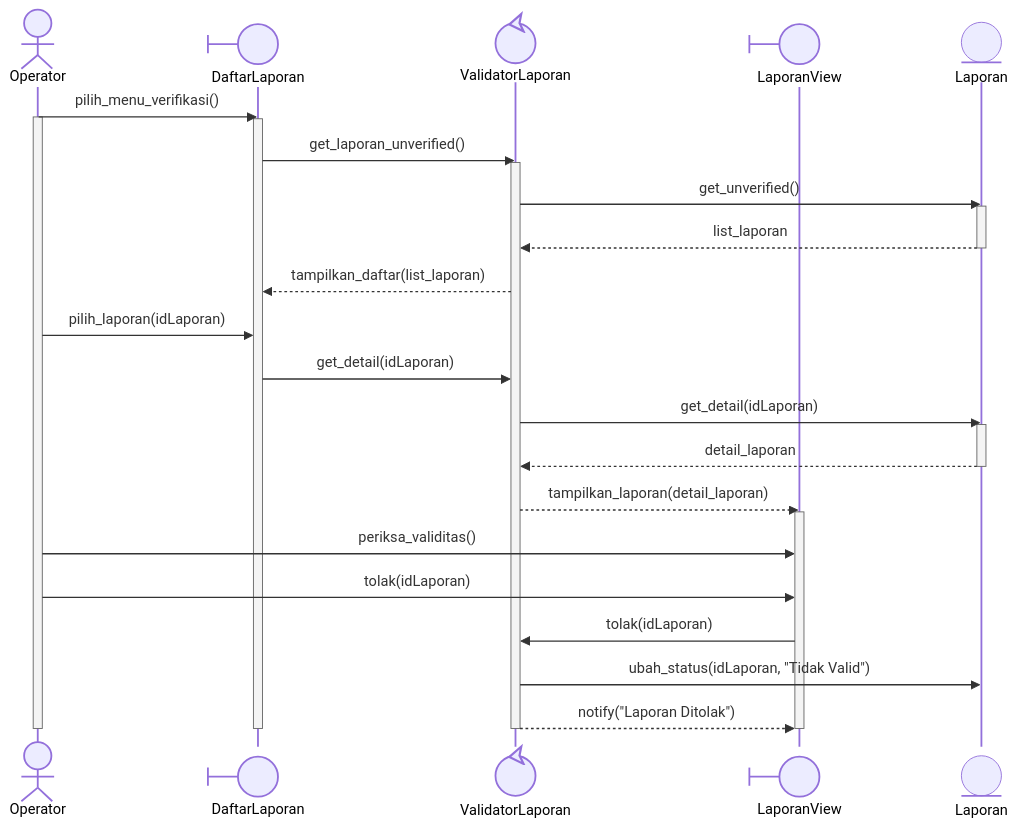
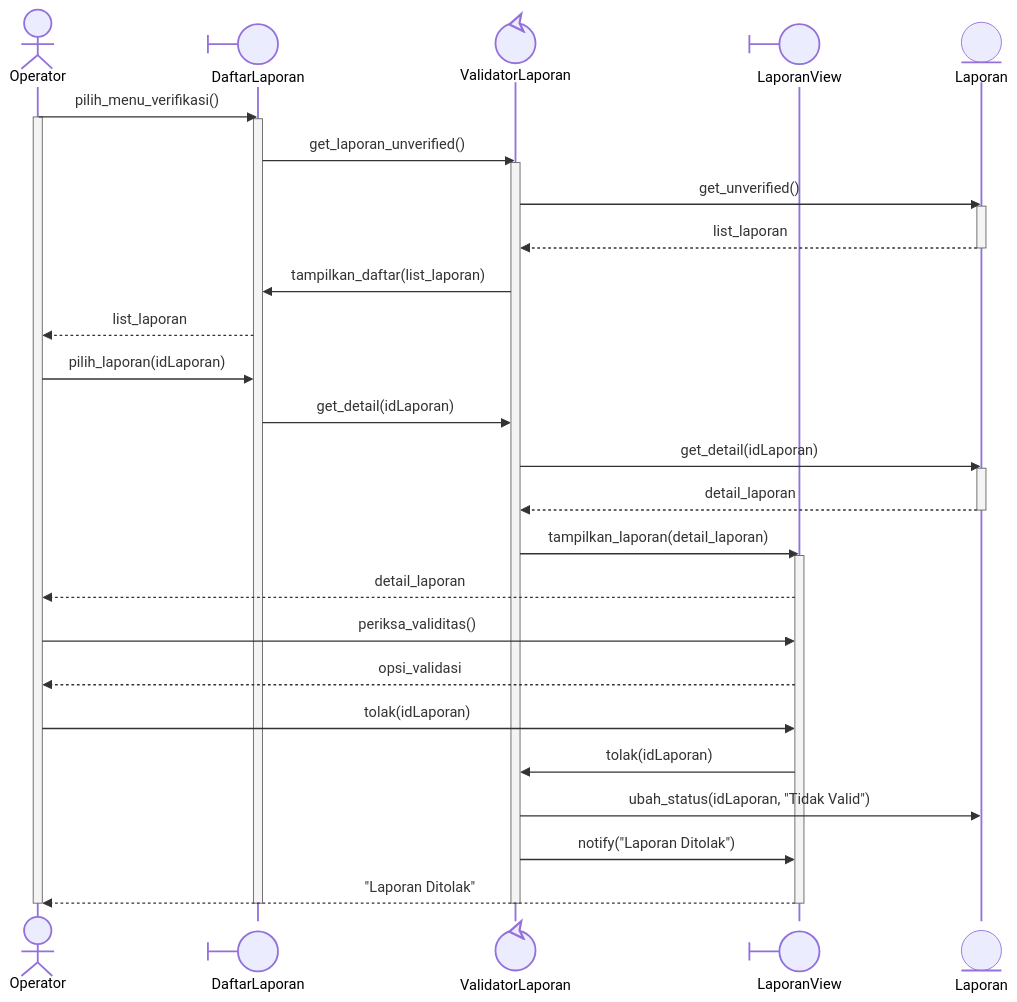
Before and after one commit to star-scripter/IF2150-RPL-K03-G02: diagram 11 of 15 in docs/M7/K03_G02_DPPL.md, drawn with Mermaid. The commit also changed other lines of this file, not shown here.

Commit message:
fix: revised tampilan laporan flow

````diff
--- a/docs/M7/K03_G02_DPPL.md
+++ b/docs/M7/K03_G02_DPPL.md
@@ -631,40 +635,44 @@
 ```mermaid
 %%{init: {'themeCSS': '.actor-line { stroke-dasharray: 4, 4; }'}}%%
 sequenceDiagram
     actor O as Operator
     participant DL@{"type":"boundary"} as DaftarLaporan
     participant VL@{"type":"control"} as ValidatorLaporan
     participant LV@{"type":"boundary"} as LaporanView
     participant L@{"type":"entity"} as Laporan
 
     O->>DL: pilih_menu_verifikasi()
     activate O
     activate DL
     DL->>VL: get_laporan_unverified()
     activate VL
     VL->>L: get_unverified()
     activate L
     L-->>VL: list_laporan
     deactivate L
-    VL-->>DL: tampilkan_daftar(list_laporan)
+    VL->>DL: tampilkan_daftar(list_laporan)
+    DL-->>O: list_laporan
     
     O->>DL: pilih_laporan(idLaporan)
     DL->>VL: get_detail(idLaporan)
     VL->>L: get_detail(idLaporan)
     activate L
     L-->>VL: detail_laporan
     deactivate L
-    VL-->>LV: tampilkan_laporan(detail_laporan)
+    VL->>LV: tampilkan_laporan(detail_laporan)
     activate LV
+    LV-->>O: detail_laporan
     
     O->>LV: periksa_validitas()
+    LV-->>O: opsi_validasi
     O->>LV: tolak(idLaporan)
     LV->>VL: tolak(idLaporan)
     VL->>L: ubah_status(idLaporan, "Tidak Valid")
-    VL-->>LV: notify("Laporan Ditolak")
+    VL->>LV: notify("Laporan Ditolak")
+    LV-->>O: "Laporan Ditolak"
     
     deactivate LV
     deactivate VL
     deactivate DL
     deactivate O
 ```
````
